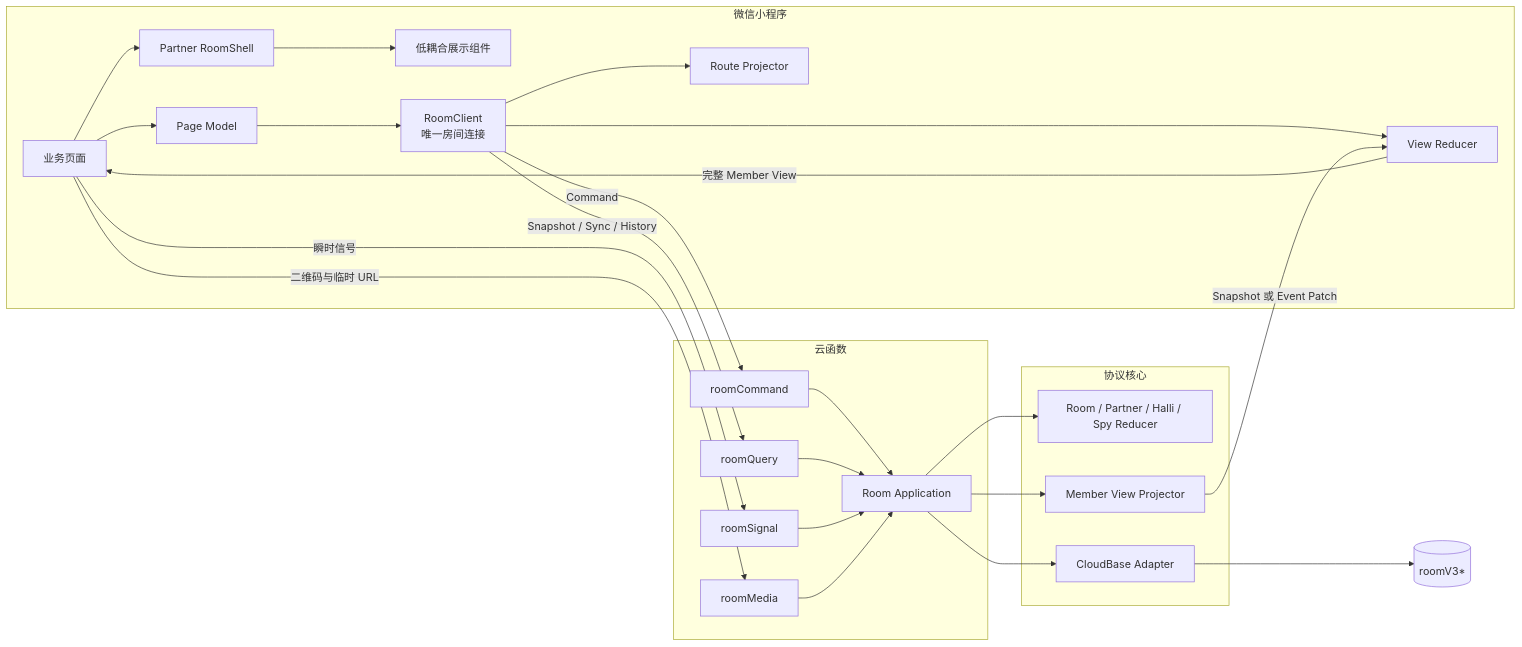
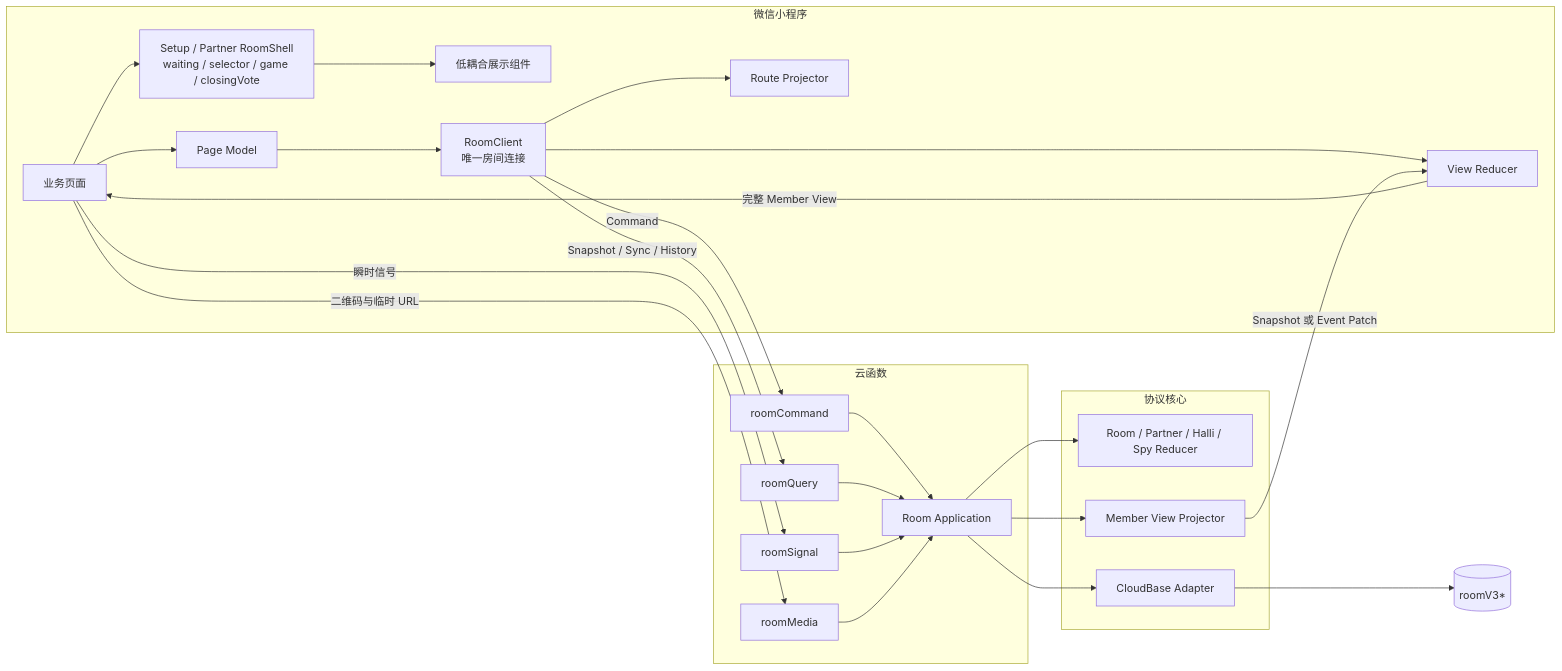
Before and after one commit to Bubble-419/cardboard-miniprogram: the second of 4 diagrams in docs/ROOM_SYSTEM_INDEX.md, drawn with Mermaid. The commit also changed other lines of this file and 26 other files, not shown here.

Commit message:
refactor: migrate waiting flows into stable room shells

````diff
--- a/docs/ROOM_SYSTEM_INDEX.md
+++ b/docs/ROOM_SYSTEM_INDEX.md
@@ -35,45 +35,45 @@
 ```mermaid
 flowchart LR
   subgraph Client[微信小程序]
     PAGE[业务页面]
-    SHELL[Partner RoomShell]
+    SHELL[Setup / Partner RoomShell<br/>waiting / selector / game / closingVote]
     WIDGET[低耦合展示组件]
     PM[Page Model]
     RC[RoomClient<br/>唯一房间连接]
     VR[View Reducer]
     NAV[Route Projector]
     PAGE --> PM --> RC
     PAGE --> SHELL --> WIDGET
     RC --> VR
     RC --> NAV
   end
 
   subgraph Functions[云函数]
     CMD[roomCommand]
     QUERY[roomQuery]
     SIGNAL[roomSignal]
     MEDIA[roomMedia]
     APP[Room Application]
     CMD --> APP
     QUERY --> APP
     SIGNAL --> APP
     MEDIA --> APP
   end
 
   subgraph Core[协议核心]
     DOMAIN[Room / Partner / Halli / Spy Reducer]
     PROJ[Member View Projector]
     REPO[CloudBase Adapter]
     APP --> DOMAIN
     APP --> PROJ
     APP --> REPO
   end
 
   RC -->|Command| CMD
   RC -->|Snapshot / Sync / History| QUERY
   PAGE -->|瞬时信号| SIGNAL
   PAGE -->|二维码与临时 URL| MEDIA
   REPO --> DB[(roomV3*)]
   PROJ -->|Snapshot 或 Event Patch| VR
   VR -->|完整 Member View| PAGE
 ```
````
